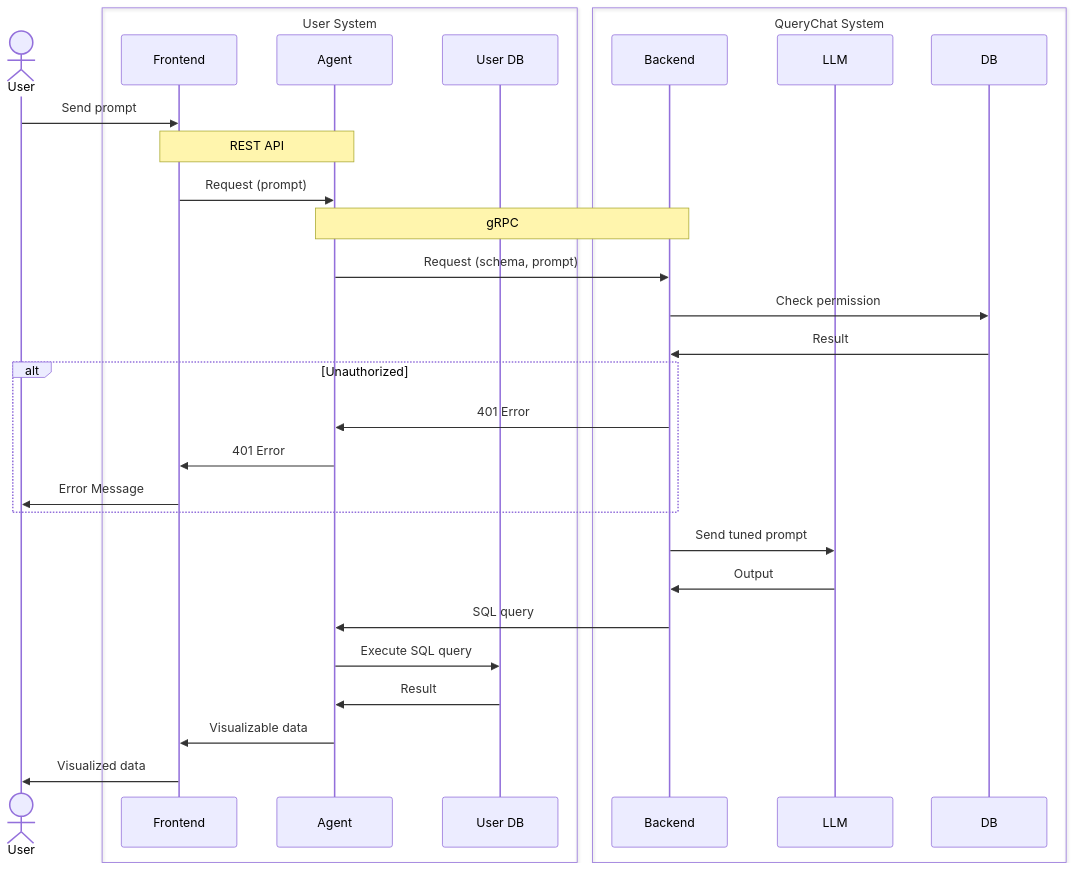
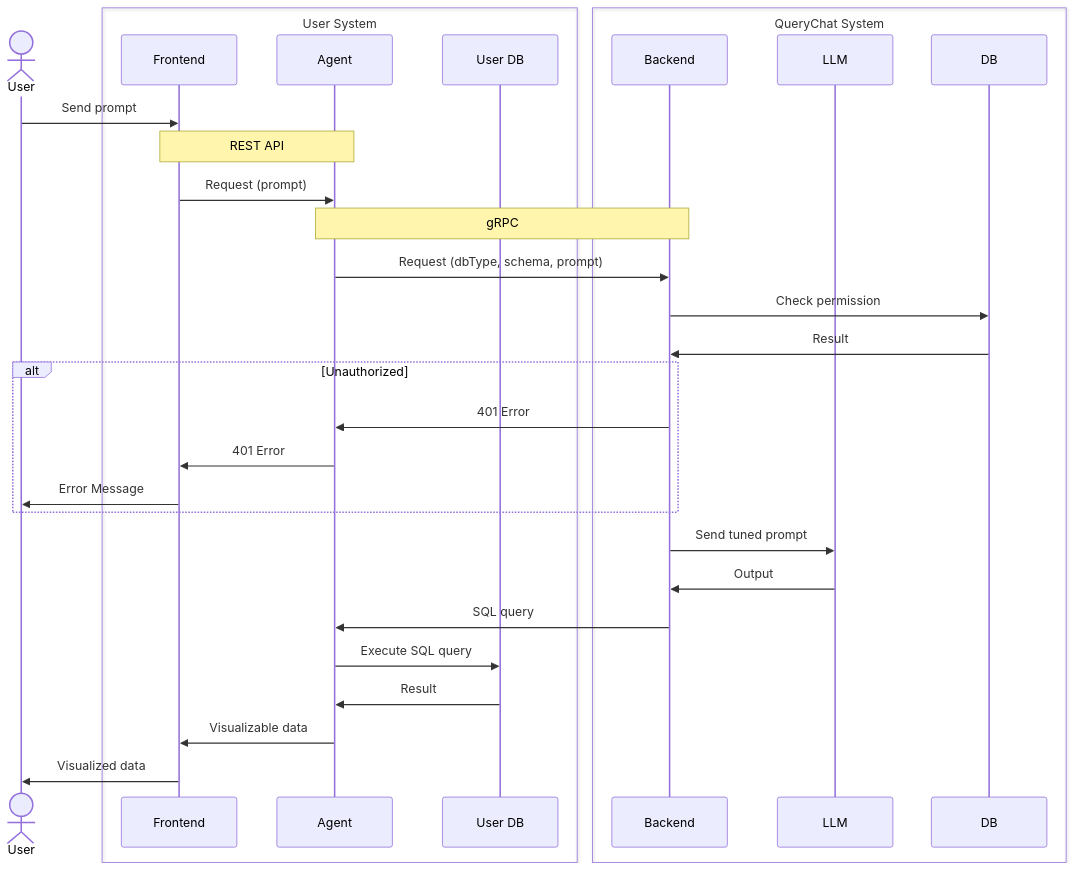
One commit to rihib/querytalk changed the diagram in README.md. Above: the diagram before and after it, drawn with Mermaid. The commit also changed 23 other files, not shown here.

````diff
--- a/README.md
+++ b/README.md
@@ -5,34 +5,34 @@
 ```mermaid
 sequenceDiagram
   actor User
   box User System
     participant Frontend
     participant Agent
     participant User DB
   end
   box QueryChat System
     participant Backend
     participant LLM
     participant DB
   end
 
   User ->> Frontend: Send prompt
   Note over Frontend, Agent: REST API
   Frontend ->> Agent: Request (prompt)
   Note over Agent, Backend: gRPC
-  Agent ->> Backend: Request (schema, prompt)
+  Agent ->> Backend: Request (dbType, schema, prompt)
   Backend ->> DB: Check permission
   DB ->> Backend: Result
   alt Unauthorized
     Backend ->> Agent: 401 Error
     Agent ->> Frontend: 401 Error
     Frontend ->> User: Error Message
   end
   Backend ->> LLM: Send tuned prompt
   LLM ->> Backend: Output
   Backend ->> Agent: SQL query
   Agent ->> User DB: Execute SQL query
   User DB ->> Agent: Result
   Agent ->> Frontend: Visualizable data
   Frontend ->> User: Visualized data
 ```
````
